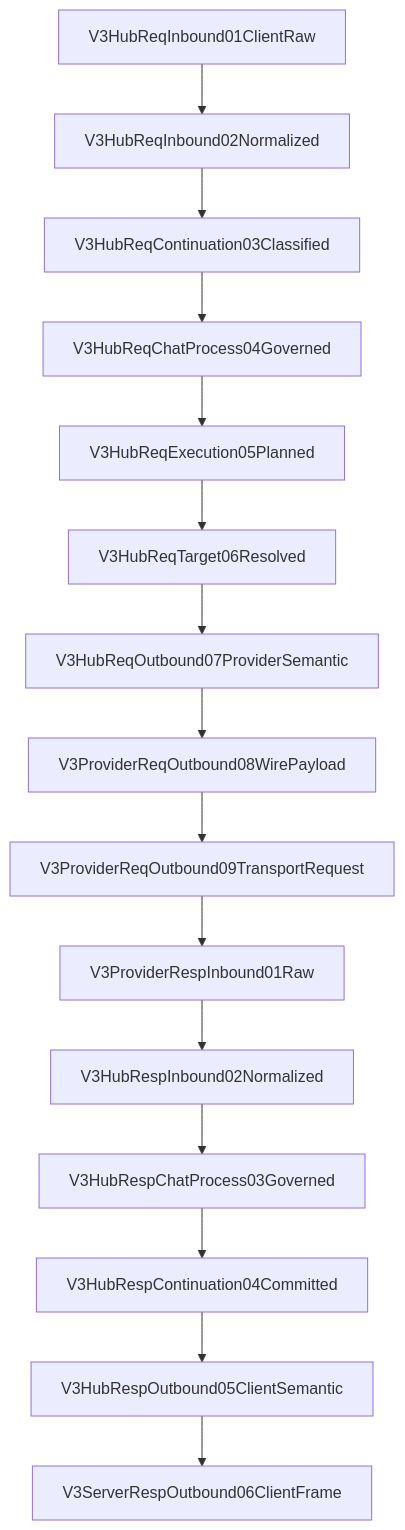
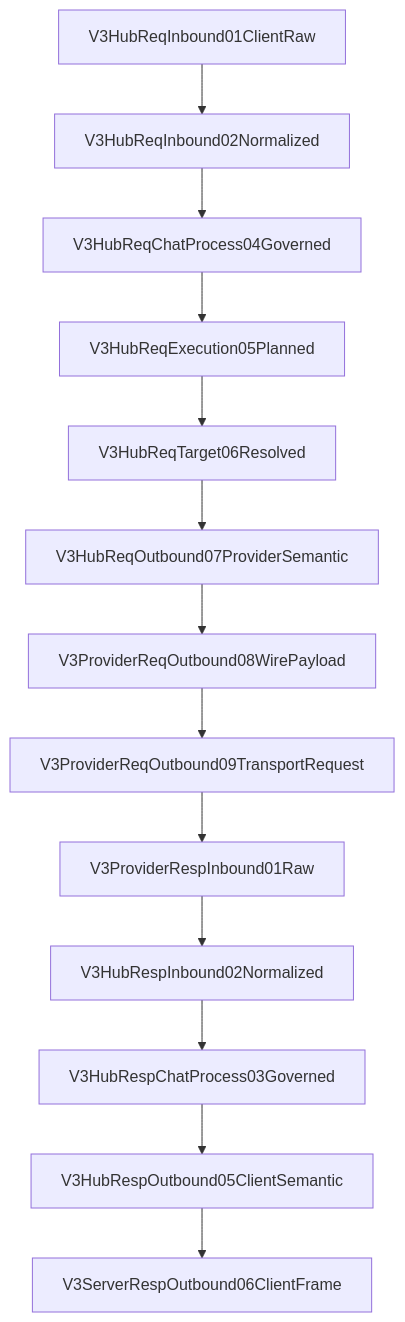
Before and after one commit to Jasonzhangf/routecodex: the diagram in docs/architecture/wiki/v3-hub-pipeline-static-skeleton.md, drawn with Mermaid. The commit also changed other lines of this file and 287 other files, not shown here.

````diff
--- a/docs/architecture/wiki/v3-hub-pipeline-static-skeleton.md
+++ b/docs/architecture/wiki/v3-hub-pipeline-static-skeleton.md
@@ -13,17 +13,15 @@
 ```mermaid
 flowchart TD
   R1[V3HubReqInbound01ClientRaw] --> R2[V3HubReqInbound02Normalized]
-  R2 --> R3[V3HubReqContinuation03Classified]
-  R3 --> R4[V3HubReqChatProcess04Governed]
+  R2 --> R4[V3HubReqChatProcess04Governed]
   R4 --> R5[V3HubReqExecution05Planned]
   R5 --> R6[V3HubReqTarget06Resolved]
   R6 --> R7[V3HubReqOutbound07ProviderSemantic]
   R7 --> R8[V3ProviderReqOutbound08WirePayload]
   R8 --> R9[V3ProviderReqOutbound09TransportRequest]
   R9 --> P1[V3ProviderRespInbound01Raw]
   P1 --> S2[V3HubRespInbound02Normalized]
   S2 --> S3[V3HubRespChatProcess03Governed]
-  S3 --> S4[V3HubRespContinuation04Committed]
-  S4 --> S5[V3HubRespOutbound05ClientSemantic]
+  S3 --> S5[V3HubRespOutbound05ClientSemantic]
   S5 --> S6[V3ServerRespOutbound06ClientFrame]
 ```
````
